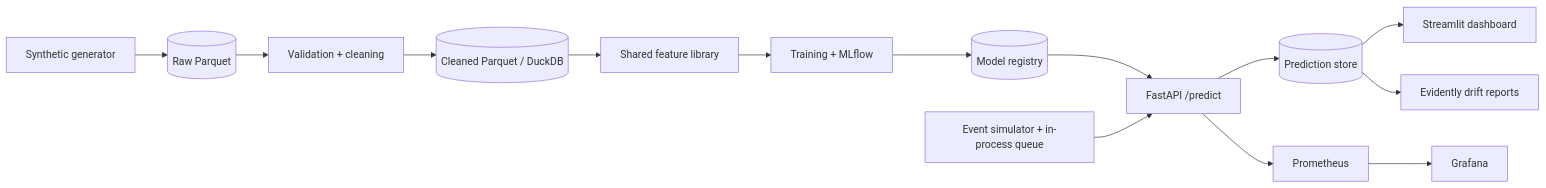
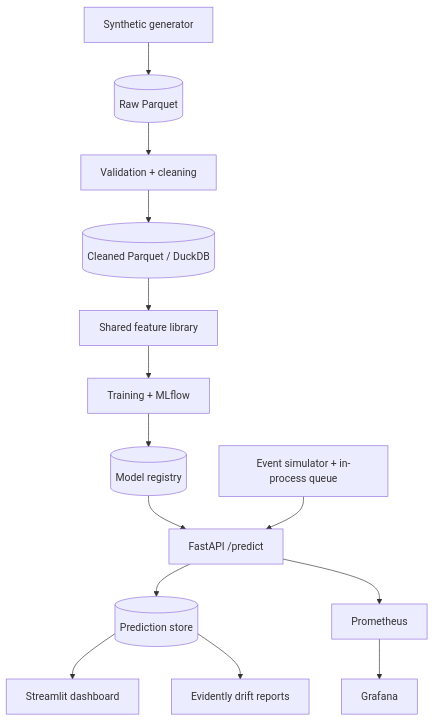
Before and after one commit to Chendy1/mobile-money-fraud-detection-platform: the diagram in docs/architecture.md, drawn with Mermaid.

Commit message:
docs: make architecture diagram vertical for readability

````diff
--- a/docs/architecture.md
+++ b/docs/architecture.md
@@ -7,15 +7,15 @@
 ```mermaid
-flowchart LR
+flowchart TB
   G[Synthetic generator] --> R[(Raw Parquet)]
   R --> V[Validation + cleaning]
   V --> C[(Cleaned Parquet / DuckDB)]
   C --> F[Shared feature library]
   F --> T[Training + MLflow]
   T --> M[(Model registry)]
   M --> A[FastAPI /predict]
   S[Event simulator + in-process queue] --> A
   A --> P[(Prediction store)]
   P --> D[Streamlit dashboard]
   A --> PR[Prometheus] --> GR[Grafana]
   P --> E[Evidently drift reports]
 ```
````
